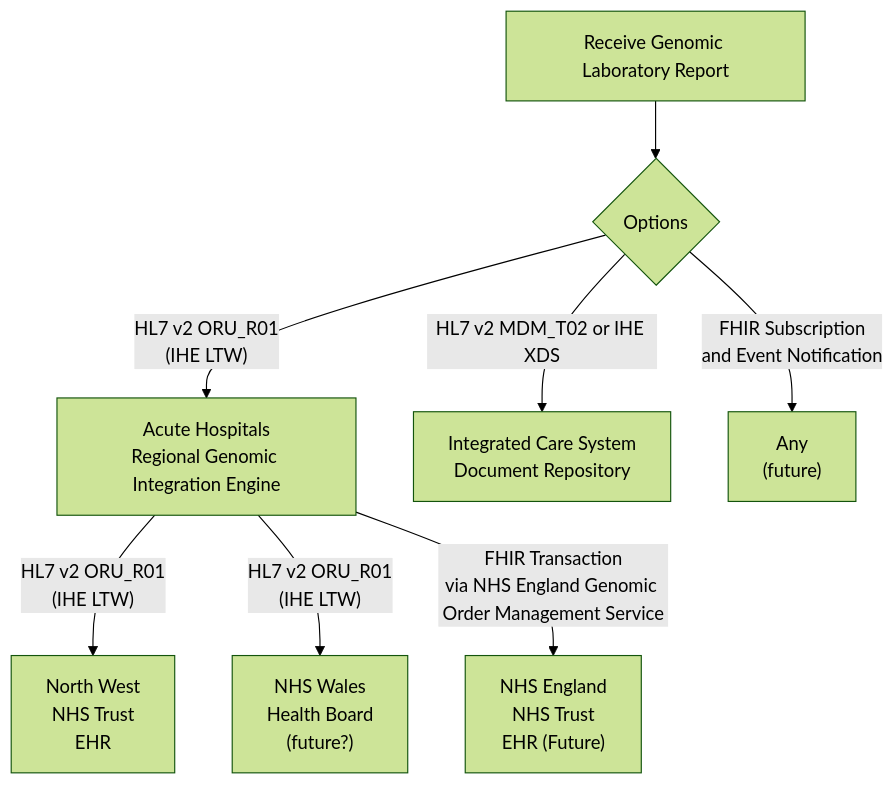
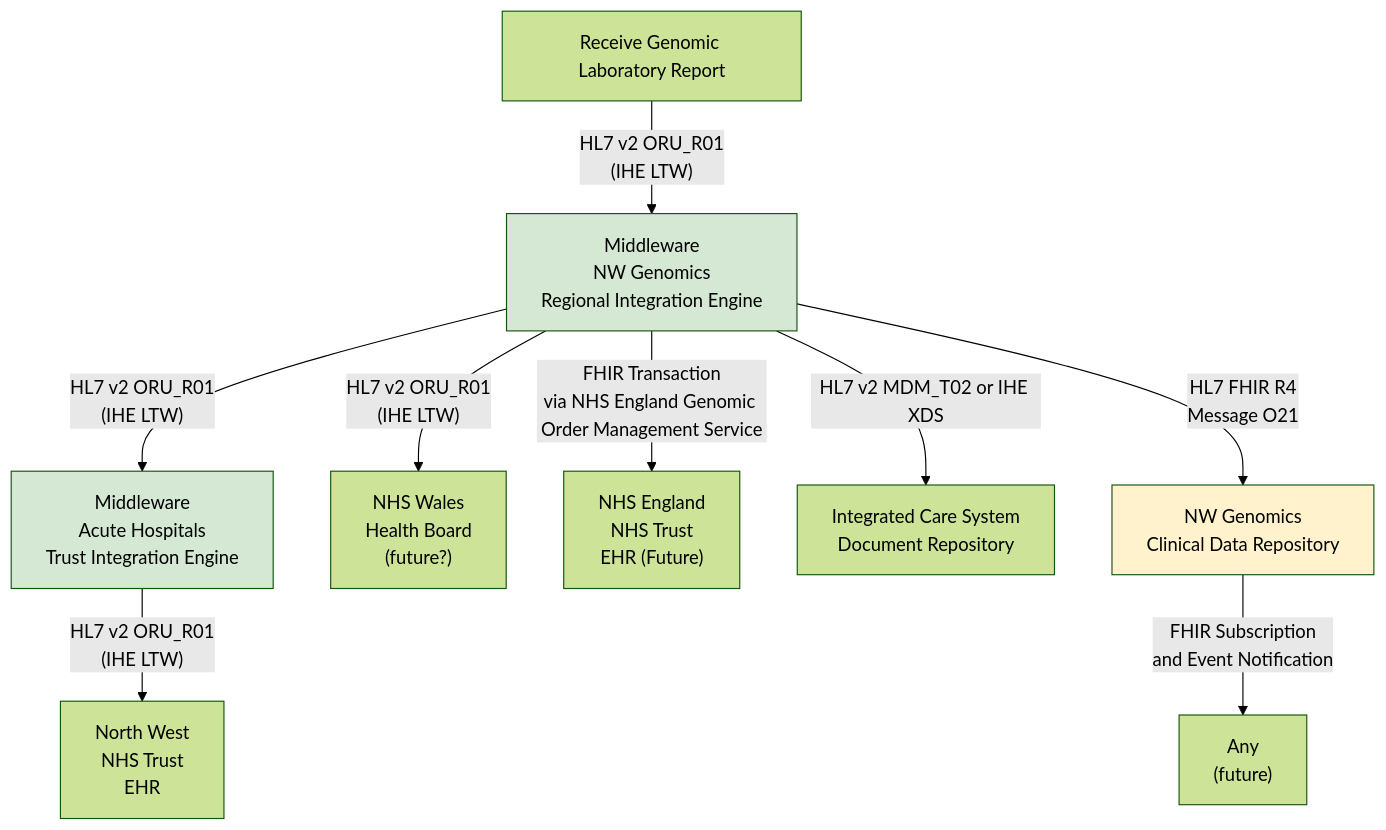
The third of 6 diagrams in input/pagecontent/index.md (uk-gov-mirror/nw-gmsa.nw-gmsa.github.com), drawn with Mermaid (forest theme) before and after one commit. The commit also changed other lines of this file, not shown here.

Commit message:
Genomic Test Order and Report Example Scenario

````diff
--- a/input/pagecontent/index.md
+++ b/input/pagecontent/index.md
@@ -81,10 +84,17 @@
 ```mermaid
 graph TD;
-    Receive[Receive Genomic Laboratory Report] --> OR{Options}
-    OR --> |"HL7 v2 ORU_R01<br/>(IHE LTW)"| RIE[Acute Hospitals<br/>Regional Genomic Integration Engine] 
-    RIE--> |"HL7 v2 ORU_R01<br/>(IHE LTW)"| EHRTIE[North West<br/>NHS Trust<br/>EHR] 
+    Receive[Receive Genomic Laboratory Report] --> |"HL7 v2 ORU_R01<br/>(IHE LTW)"| RIE[Middleware<br/>NW Genomics<br/>Regional Integration Engine] 
+    RIE --> |"HL7 v2 ORU_R01<br/>(IHE LTW)"| TIE[Middleware<br/>Acute Hospitals<br/>Trust Integration Engine] 
+    TIE--> |"HL7 v2 ORU_R01<br/>(IHE LTW)"| EHRTIE[North West<br/>NHS Trust<br/>EHR] 
     RIE--> |"HL7 v2 ORU_R01<br/>(IHE LTW)"| BOARD["NHS Wales<br/>Health Board<br/> (future?)"]
     RIE --> |"FHIR Transaction<br/>via NHS England Genomic Order Management Service"| GOMS["NHS England<br/>NHS Trust<br/>EHR (Future)"] 
-    OR --> |HL7 v2 MDM_T02 or IHE XDS| ICSTIE[Integrated Care System <br/> Document Repository]
-    OR --> |FHIR Subscription <br/> and Event Notification| Any["Any <br/>(future)"]
+    RIE --> |HL7 v2 MDM_T02 or IHE XDS| ICSTIE[Integrated Care System <br/> Document Repository]
+    RIE --> |HL7 FHIR R4<br/>Message O21| CDR[NW Genomics<br/>Clinical Data Repository]
+    CDR --> |FHIR Subscription <br/> and Event Notification| Any["Any <br/>(future)"]
+
+    classDef green fill:#D5E8D4;
+    classDef yellow fill:#FFF2CC;
+    class RIE green;
+    class TIE green;
+    class CDR yellow;
 ```
````
